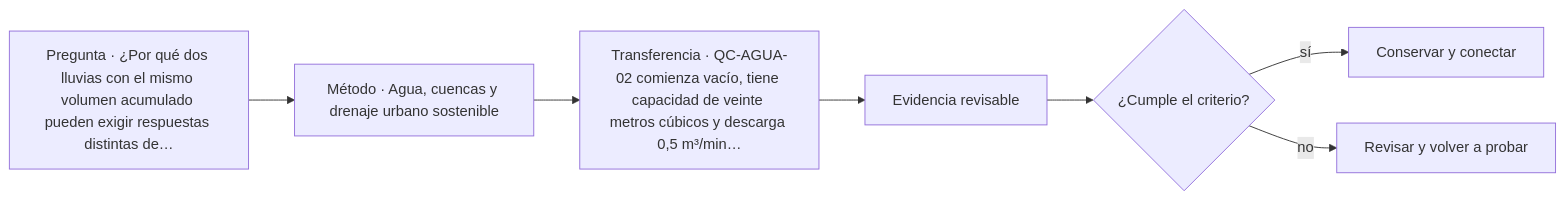
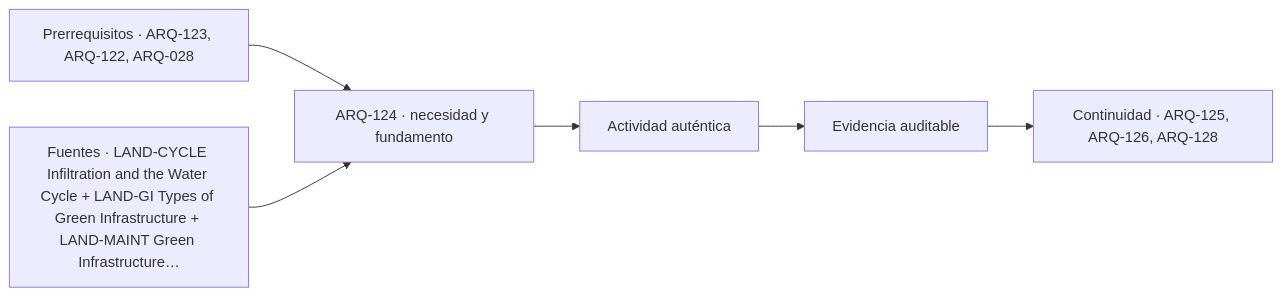
Before and after one commit to vladimiracunadev-create/architecture-built-environment-learning-program: the diagram in classes/parte-13/ARQ-124.md, drawn with Mermaid. The commit also changed other lines of this file and 761 other files, not shown here.

````diff
--- a/classes/parte-13/ARQ-124.md
+++ b/classes/parte-13/ARQ-124.md
@@ -147,9 +159,8 @@
 ```mermaid
 flowchart LR
-    Q["Pregunta · ¿Por qué dos lluvias con el mismo volumen acumulado pueden exigir respuestas distintas de…"] --> M["Método · Agua, cuencas y drenaje urbano sostenible"]
-    M --> P["Transferencia · QC-AGUA-02 comienza vacío, tiene capacidad de veinte metros cúbicos y descarga 0,5 m³/min…"]
-    P --> E["Evidencia revisable"]
-    E --> C{"¿Cumple el criterio?"}
-    C -->|sí| T["Conservar y conectar"]
-    C -->|no| R["Revisar y volver a probar"]
+    A["Prerrequisitos · ARQ-123, ARQ-122, ARQ-028"] --> B["ARQ-124 · necesidad y fundamento"]
+    S["Fuentes · LAND-CYCLE Infiltration and the Water Cycle + LAND-GI Types of Green Infrastructure + LAND-MAINT Green Infrastructure…"] --> B
+    B --> C["Actividad auténtica"]
+    C --> D["Evidencia auditable"]
+    D --> E["Continuidad · ARQ-125, ARQ-126, ARQ-128"]
 ```
````
